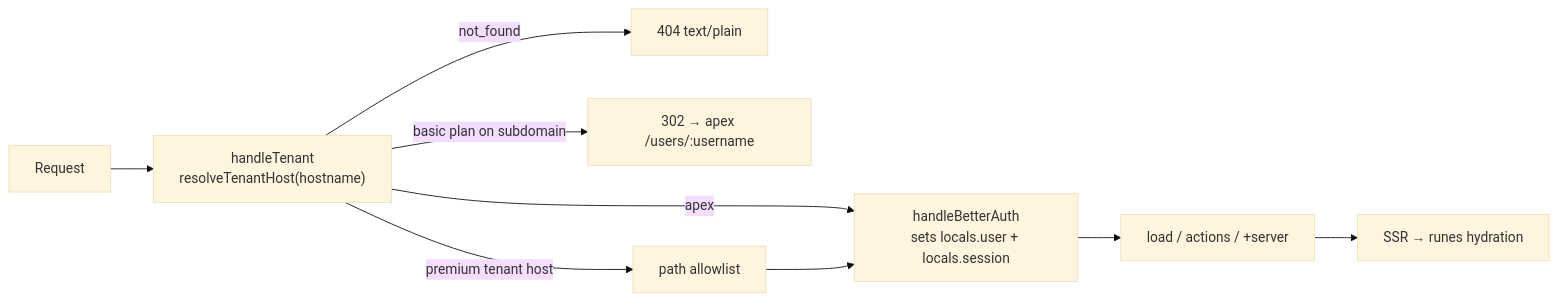
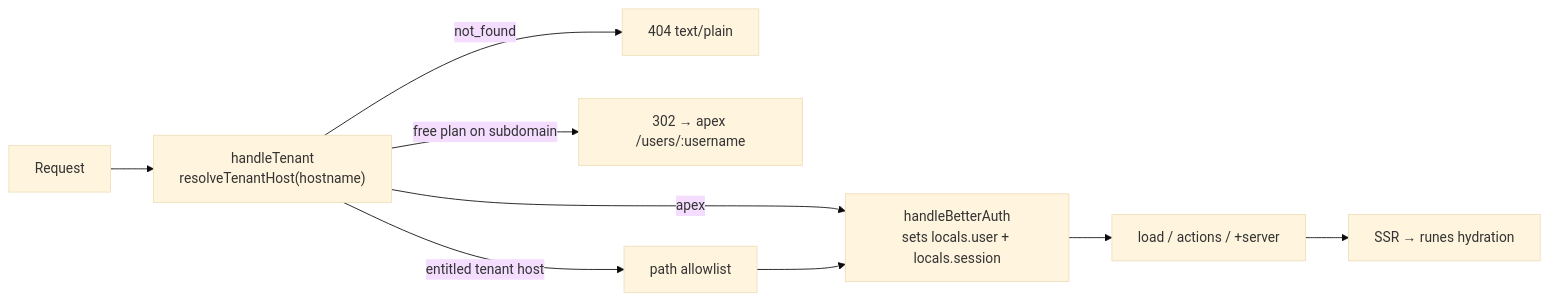
The second of 2 diagrams in docs/architecture.md (spreadsheetsusa/sndbnk), drawn with Mermaid (base theme) before and after one commit. The commit also changed other lines of this file and 32 other files, not shown here.

First line of the commit message:
refactor: update billing plans and user profile schema

````diff
--- a/docs/architecture.md
+++ b/docs/architecture.md
@@ -36,11 +36,11 @@
 ```mermaid
 flowchart LR
   req[Request] --> tenant["handleTenant<br/>resolveTenantHost(hostname)"]
   tenant -->|apex| authHook
   tenant -->|not_found| nf["404 text/plain"]
-  tenant -->|"basic plan on subdomain"| redir["302 → apex /users/:username"]
-  tenant -->|"premium tenant host"| gate["path allowlist"]
+  tenant -->|"free plan on subdomain"| redir["302 → apex /users/:username"]
+  tenant -->|"entitled tenant host"| gate["path allowlist"]
   gate --> authHook["handleBetterAuth<br/>sets locals.user + locals.session"]
   authHook --> handler["load / actions / +server"]
   handler --> render["SSR → runes hydration"]
 ```
````
